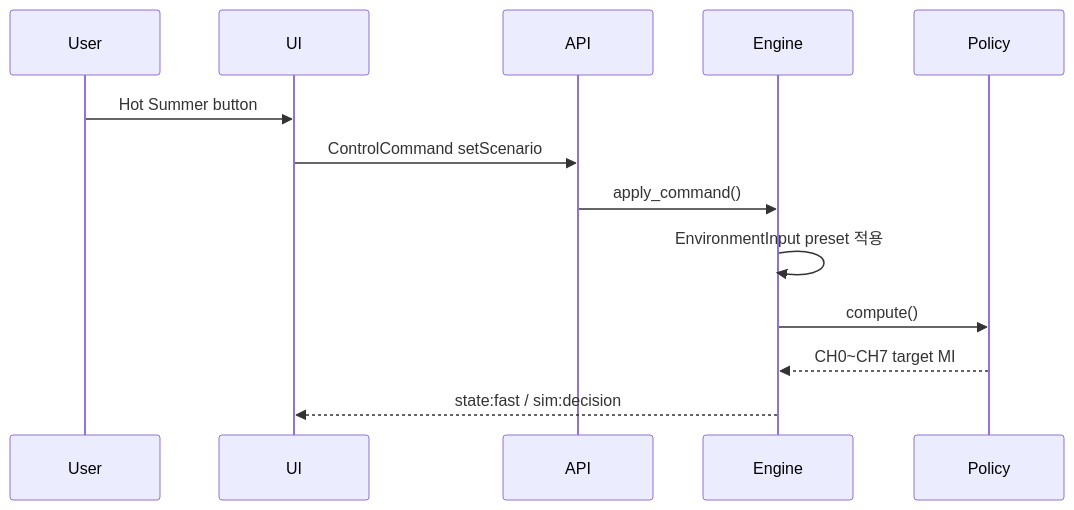
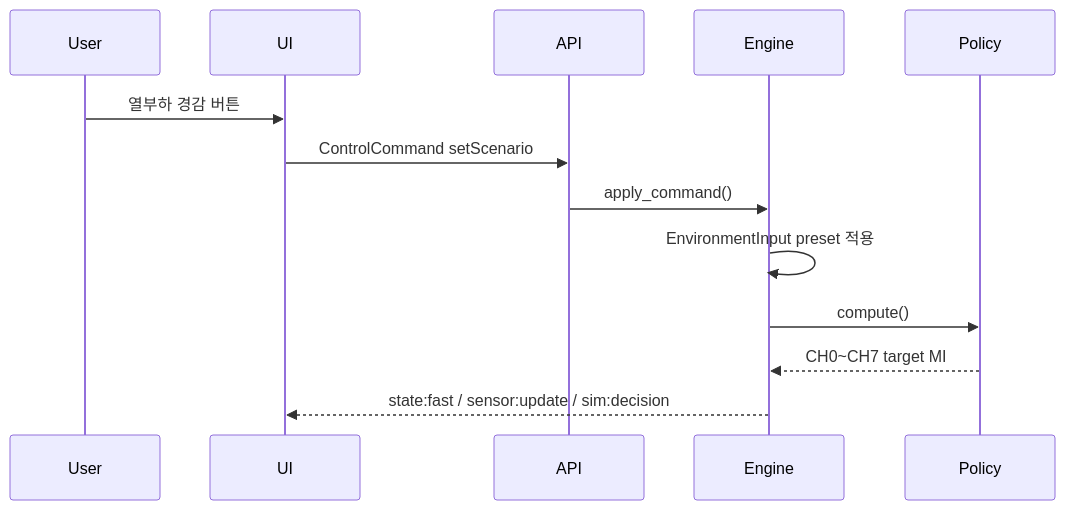
Before and after one commit to ifinalp0/2026ESWcontest_free_KUGLASS: the third of 5 diagrams in Simul_Twin/Simul_Twin_V1_0_Explain.md, drawn with Mermaid. The commit also changed other lines of this file and 22 other files, not shown here.

````diff
--- a/Simul_Twin/Simul_Twin_V1_0_Explain.md
+++ b/Simul_Twin/Simul_Twin_V1_0_Explain.md
@@ -343,16 +424,16 @@
 ```mermaid
 sequenceDiagram
     participant User
     participant UI
     participant API
     participant Engine
     participant Policy
 
-    User->>UI: Hot Summer button
+    User->>UI: 열부하 경감 버튼
     UI->>API: ControlCommand setScenario
     API->>Engine: apply_command()
     Engine->>Engine: EnvironmentInput preset 적용
     Engine->>Policy: compute()
     Policy-->>Engine: CH0~CH7 target MI
-    Engine-->>UI: state:fast / sim:decision
+    Engine-->>UI: state:fast / sensor:update / sim:decision
 ```
````
